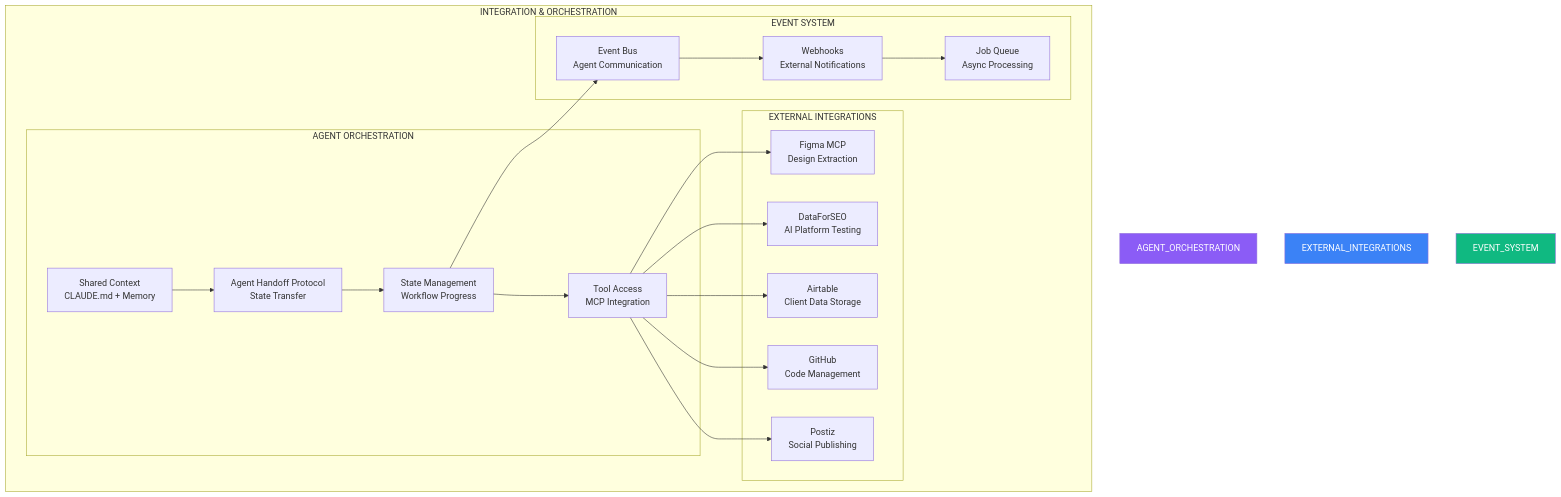
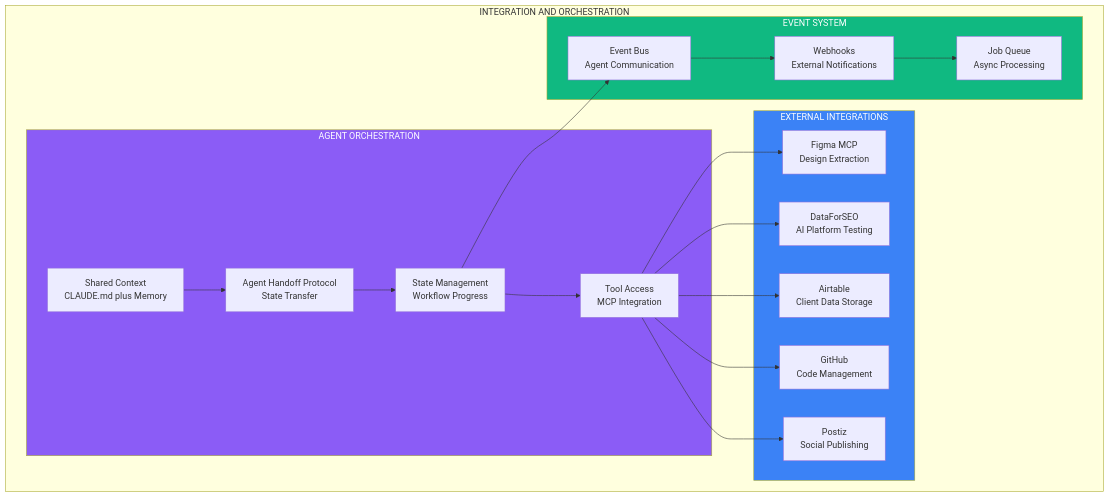
The ninth of 17 diagrams in 1 Architecture/0.1 Solution architects/HLD-High-level/HLD_AGENTIC_SOLUTION_TEMPLATE.md (ajrmooreuk/PF-Prototype-Shared), drawn with Mermaid before and after one commit. The commit also changed other lines of this file, not shown here.

First line of the commit message:
docs: Complete mermaid diagram fixes - HLD v1.2.0

````diff
--- a/1 Architecture/0.1 Solution architects/HLD-High-level/HLD_AGENTIC_SOLUTION_TEMPLATE.md
+++ b/1 Architecture/0.1 Solution architects/HLD-High-level/HLD_AGENTIC_SOLUTION_TEMPLATE.md
@@ -562,43 +564,43 @@
 ```mermaid
 graph TB
-    subgraph "INTEGRATION & ORCHESTRATION"
-        subgraph "AGENT ORCHESTRATION"
-            SHARED[Shared Context<br/>CLAUDE.md + Memory]
-            HANDOFF[Agent Handoff Protocol<br/>State Transfer]
-            STATE_MGR[State Management<br/>Workflow Progress]
-            TOOL_ACCESS[Tool Access<br/>MCP Integration]
+    subgraph INTEGRATION["INTEGRATION AND ORCHESTRATION"]
+        subgraph AGENT_ORCH["AGENT ORCHESTRATION"]
+            SHARED["Shared Context<br/>CLAUDE.md plus Memory"]
+            HANDOFF["Agent Handoff Protocol<br/>State Transfer"]
+            STATE_MGR["State Management<br/>Workflow Progress"]
+            TOOL_ACCESS["Tool Access<br/>MCP Integration"]
         end
         
-        subgraph "EXTERNAL INTEGRATIONS"
-            FIGMA_INT[Figma MCP<br/>Design Extraction]
-            DATAFOR[DataForSEO<br/>AI Platform Testing]
-            AIRTABLE[Airtable<br/>Client Data Storage]
-            GITHUB[GitHub<br/>Code Management]
-            POSTIZ[Postiz<br/>Social Publishing]
+        subgraph EXTERNAL["EXTERNAL INTEGRATIONS"]
+            FIGMA_INT["Figma MCP<br/>Design Extraction"]
+            DATAFOR["DataForSEO<br/>AI Platform Testing"]
+            AIRTABLE["Airtable<br/>Client Data Storage"]
+            GITHUB["GitHub<br/>Code Management"]
+            POSTIZ["Postiz<br/>Social Publishing"]
         end
         
-        subgraph "EVENT SYSTEM"
-            EVENTS[Event Bus<br/>Agent Communication]
-            WEBHOOK[Webhooks<br/>External Notifications]
-            QUEUE[Job Queue<br/>Async Processing]
+        subgraph EVENTS["EVENT SYSTEM"]
+            EVENT_BUS["Event Bus<br/>Agent Communication"]
+            WEBHOOK["Webhooks<br/>External Notifications"]
+            QUEUE["Job Queue<br/>Async Processing"]
         end
     end
     
     SHARED --> HANDOFF
     HANDOFF --> STATE_MGR
     STATE_MGR --> TOOL_ACCESS
     
     TOOL_ACCESS --> FIGMA_INT
     TOOL_ACCESS --> DATAFOR
     TOOL_ACCESS --> AIRTABLE
     TOOL_ACCESS --> GITHUB
     TOOL_ACCESS --> POSTIZ
     
-    STATE_MGR --> EVENTS
-    EVENTS --> WEBHOOK
+    STATE_MGR --> EVENT_BUS
+    EVENT_BUS --> WEBHOOK
     WEBHOOK --> QUEUE
     
-    style AGENT_ORCHESTRATION fill:#8B5CF6,color:#fff
-    style EXTERNAL_INTEGRATIONS fill:#3B82F6,color:#fff
-    style EVENT_SYSTEM fill:#10B981,color:#fff
+    style AGENT_ORCH fill:#8B5CF6,color:#fff
+    style EXTERNAL fill:#3B82F6,color:#fff
+    style EVENTS fill:#10B981,color:#fff
 ```
````
